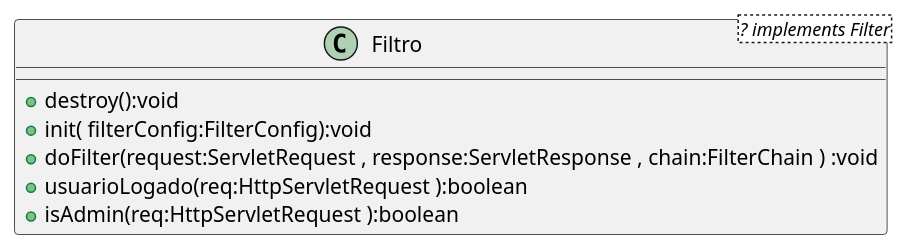
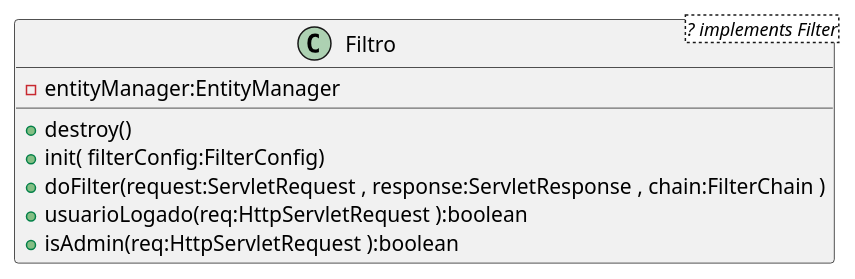
The diagram in src/main/java/br/com/ifsp/lds/controller/Filtro.puml (joseguilhermeromano/UFABC), drawn with PlantUML before and after one commit. The commit also changed 13 other files, not shown here.

```diff
--- a/src/main/java/br/com/ifsp/lds/controller/Filtro.puml
+++ b/src/main/java/br/com/ifsp/lds/controller/Filtro.puml
@@ -1,10 +1,13 @@
 @startuml
 
 class Filtro<? implements Filter>{
-   +destroy():void
-   +init( filterConfig:FilterConfig):void
-   +doFilter(request:ServletRequest , response:ServletResponse , chain:FilterChain ) :void
+   +destroy()
+   +init( filterConfig:FilterConfig)
+   +doFilter(request:ServletRequest , response:ServletResponse , chain:FilterChain ) 
+   - entityManager:EntityManager
+   
+   
    +usuarioLogado(req:HttpServletRequest ):boolean
    +isAdmin(req:HttpServletRequest ):boolean
 }
 @enduml
```
